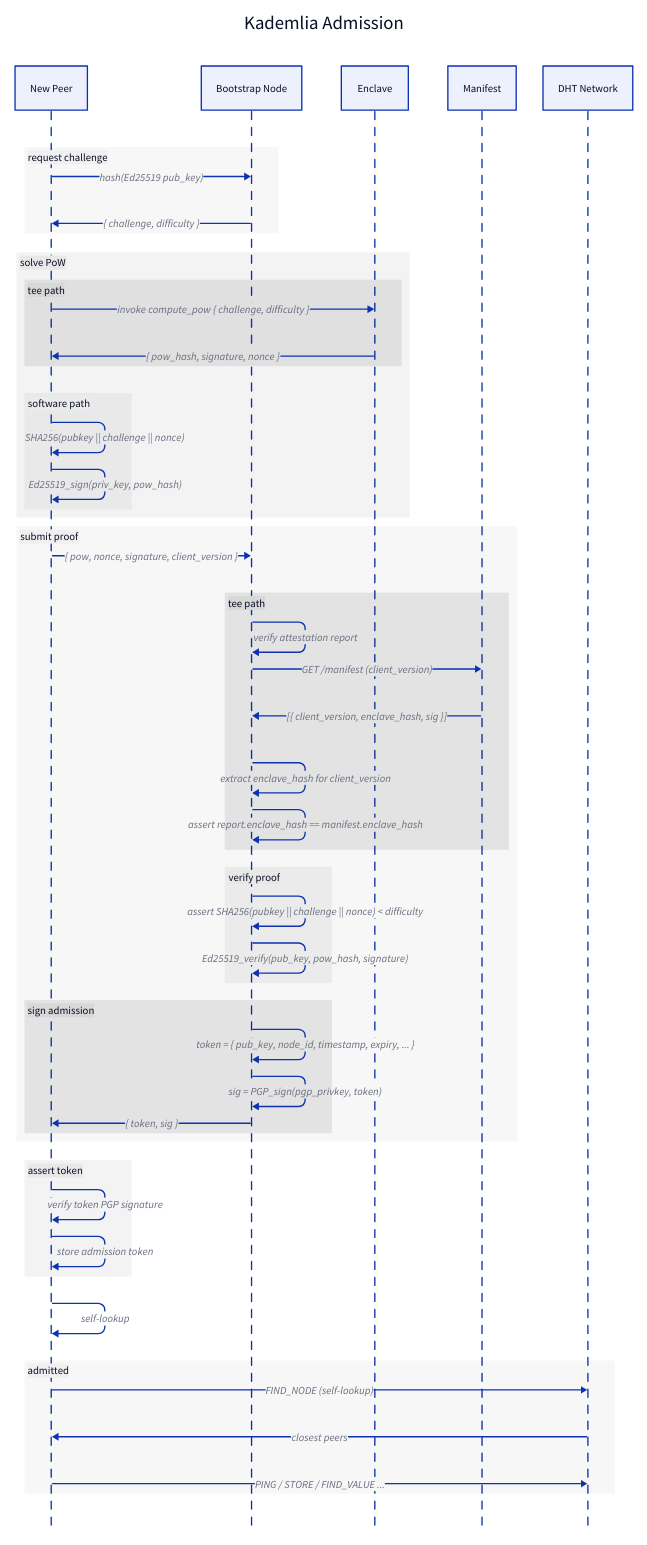
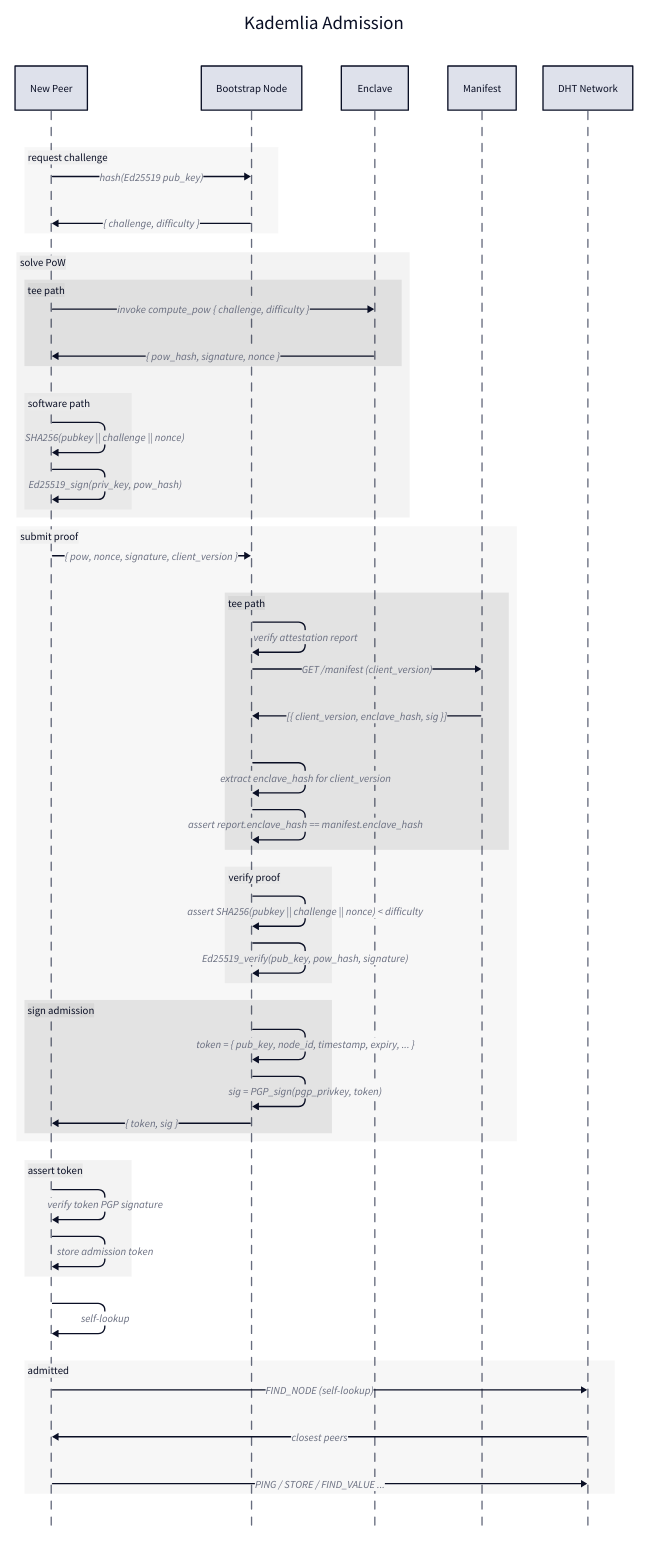
The diagram in Org/diagrams/063/admission_diagram.d2 (OnlyCavas/thesis), drawn with D2 before and after one commit. The commit also changed other lines of this file and 18 other files, not shown here.

```diff
--- a/Org/diagrams/063/admission_diagram.d2
+++ b/Org/diagrams/063/admission_diagram.d2
@@ -1,85 +1,91 @@
+vars: {
+  d2-config: {
+    theme-id: 1
+  }
+}
+
 Kademlia Admission: {
   shape: sequence_diagram
 
   a: New Peer
   b: Bootstrap Node
   e: Enclave
   m: Manifest
   net: DHT Network
 
   request challenge: {
     style.fill: "#f0f0f0"
     style.stroke: "#aaaaaa"
     a -> b: hash(Ed25519 pub_key)
     b -> a: \{ challenge, difficulty \}
   }
 
   solve PoW: {
     style.fill: "#e8e8e8"
     style.stroke: "#999999"
 
     tee path: {
       style.fill: "#d8d8d8"
       style.stroke: "#888888"
       a -> e: invoke compute_pow \{ challenge, difficulty \}
       e -> a: \{ pow_hash, signature, nonce \}
     }
 
     software path: {
       style.fill: "#ebebeb"
       style.stroke: "#aaaaaa"
       style.stroke-dash: 4
       a -> a: SHA256(pubkey || challenge || nonce)
       a -> a: Ed25519_sign(priv_key, pow_hash)
     }
   }
 
   submit proof: {
     style.fill: "#f0f0f0"
     style.stroke: "#aaaaaa"
     a -> b: \{ pow, nonce, signature, client_version \}
 
     tee path: {
       style.fill: "#d8d8d8"
       style.stroke: "#888888"
       b -> b: verify attestation report
       b -> m: GET /manifest (client_version)
       m -> b: \[\{ client_version, enclave_hash, sig \}\]
       b -> b: extract enclave_hash for client_version
       b -> b: assert report.enclave_hash == manifest.enclave_hash
     }
 
     verify proof: {
       style.fill: "#e8e8e8"
       style.stroke: "#999999"
       b -> b: assert SHA256(pubkey || challenge || nonce) < difficulty
       b -> b: Ed25519_verify(pub_key, pow_hash, signature)
     }
 
     sign admission: {
       style.fill: "#d8d8d8"
       style.stroke: "#888888"
       b -> b: token = \{ pub_key, node_id, timestamp, expiry, ... \}
       b -> b: sig = PGP_sign(pgp_privkey, token)
       b -> a: \{ token, sig \}
     }
   }
 
   assert token: {
     style.fill: "#e8e8e8"
     style.stroke: "#999999"
     a -> a: verify token PGP signature
     a -> a: store admission token
   }
 
   a -> a: self-lookup
 
   admitted: {
     style.fill: "#f0f0f0"
     style.stroke: "#aaaaaa"
     style.stroke-dash: 4
     a -> net: FIND_NODE (self-lookup)
     net -> a: closest peers
     a -> net: PING / STORE / FIND_VALUE ...
   }
 }
```
